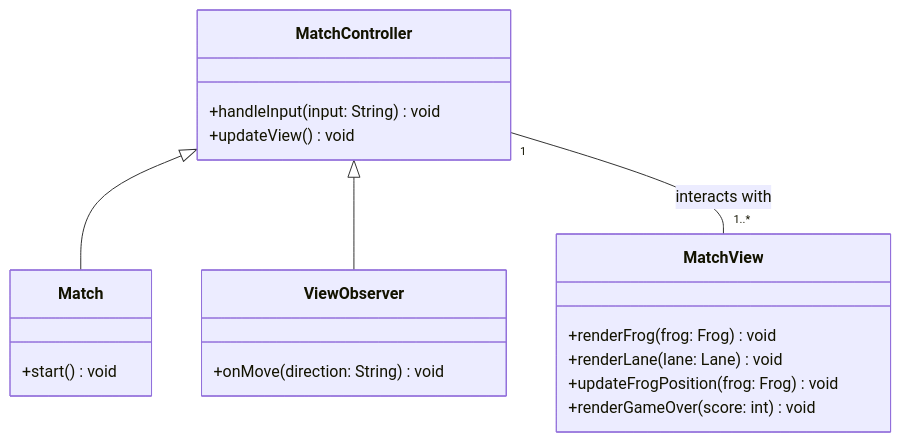
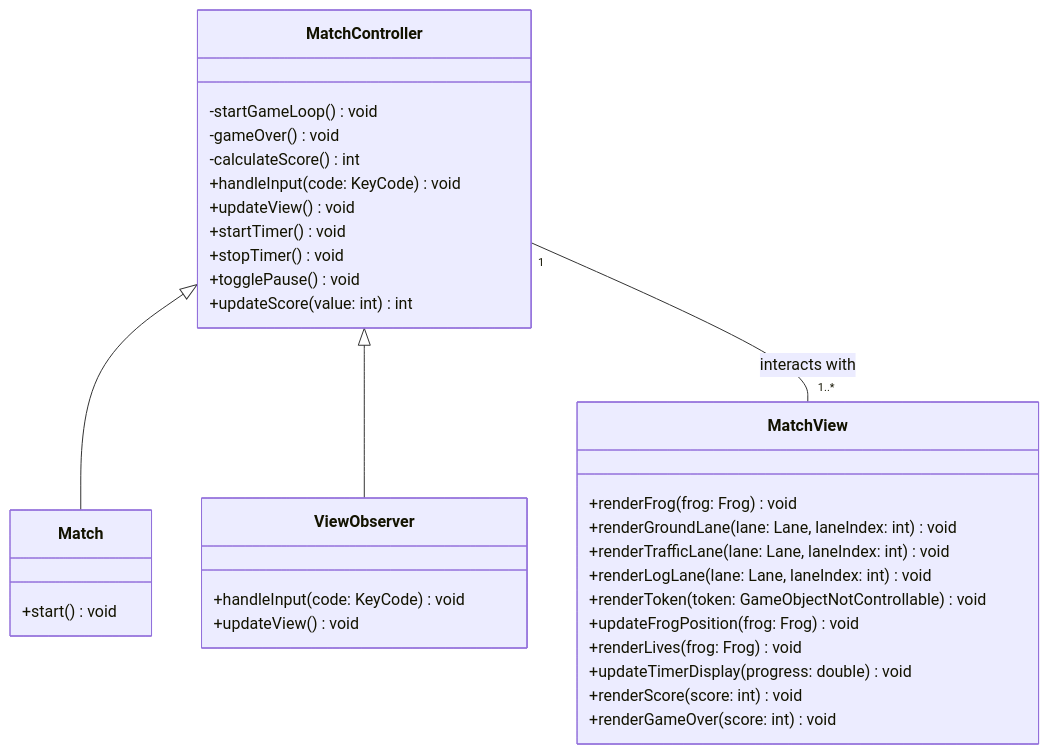
One commit to giuliavanni/frogger changed the second of 4 diagrams in README.md. Above: the diagram before and after it, drawn with Mermaid. The commit also changed other lines of this file, not shown here.

````diff
--- a/README.md
+++ b/README.md
@@ -115,28 +149,41 @@
 ```mermaid
 classDiagram
 
 class Match {
     +start() void
 }
 
 class MatchView {
     +renderFrog(frog: Frog) void
-    +renderLane(lane: Lane) void
+    +renderGroundLane(lane: Lane, laneIndex: int) void
+    +renderTrafficLane(lane: Lane, laneIndex: int) void
+    +renderLogLane(lane: Lane, laneIndex: int) void
+    +renderToken(token: GameObjectNotControllable) void
     +updateFrogPosition(frog: Frog) void
+    +renderLives(frog: Frog) void
+    +updateTimerDisplay(progress: double) void
+    +renderScore(score: int) void
     +renderGameOver(score: int) void
 }
 
 class ViewObserver {
-    +onMove(direction: String) void
+    +handleInput(code: KeyCode) void
+    +updateView() void
 }
 
 class MatchController {
-    +handleInput(input: String) void
+    -startGameLoop() void
+    -gameOver() void
+    -calculateScore() int
+    +handleInput(code: KeyCode) void
     +updateView() void
+    +startTimer() void
+    +stopTimer() void
+    +togglePause() void
+    +updateScore(value: int) int
 }
 
 MatchController <|-- Match
 MatchController <|-- ViewObserver
 MatchController "1" -- "1..*" MatchView : interacts with
-
 ```
````
